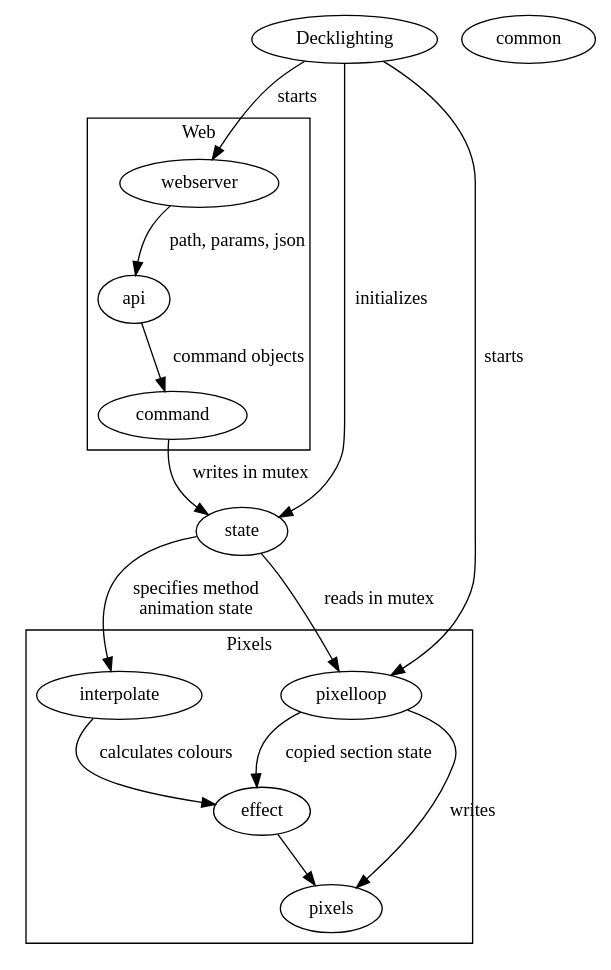
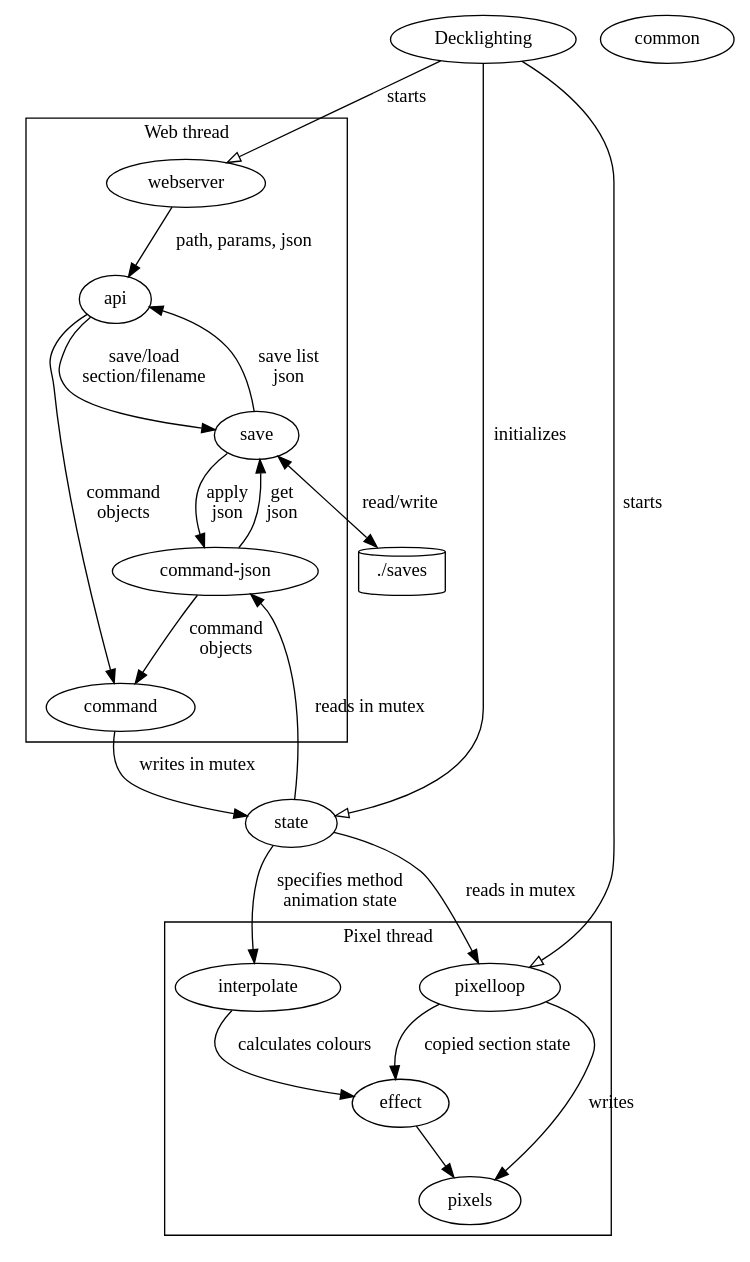
One commit to PaulMurrayCbr/Decklighting2 changed the diagram in src/core/doc.dot. Above: the diagram before and after it, drawn with Graphviz. The commit also changed 9 other files, not shown here.

```diff
--- a/src/core/doc.dot
+++ b/src/core/doc.dot
@@ -1,39 +1,53 @@
 digraph {
 
 Decklighting;
 common;
 state;
+files [label="./saves"; shape=cylinder];
 
 subgraph  cluster_pix {
-label = "Pixels"
+label = "Pixel thread"
 pixelloop;
 effect;
 pixels;
 interpolate;
 }
 
 subgraph  cluster_web {
-label = "Web"
+commandjson [label="command-json"];
+label = "Web thread"
 webserver;
 api;
 command;
+save;
 }
 
-Decklighting -> pixelloop [label="starts"];
-Decklighting -> webserver [label="starts"];
-Decklighting -> state [label="initializes"];
+Decklighting -> pixelloop [label="starts", arrowhead=empty];
+Decklighting -> webserver [label="starts", arrowhead=empty];
+Decklighting -> state [label="initializes", arrowhead=empty];
 
 
 state -> pixelloop [label="reads in mutex"];
 pixelloop -> effect [label="copied section state"];
 pixelloop -> pixels [label="writes"];
-effect -> pixels 
+effect -> pixels;
 
 interpolate -> effect [label="calculates colours"];
 state -> interpolate [label="specifies method\nanimation state"];
 
 webserver -> api [label="path, params, json"];
-api -> command [label="command objects"];
+api -> command [label="command\nobjects"];
+api -> save [label="save list\njson"; dir=back];
+api -> save [label="save/load\nsection/filename"];
 command -> state [label="writes in mutex"];
 
+save->commandjson [label="apply\njson";];
+save->commandjson [label="get\njson"; dir=back];
+
+commandjson->command[label="command\nobjects"];
+
+commandjson->state[label="reads in mutex"; dir=back];
+
+save->files[label="read/write"; dir=both];
+
 }
```
